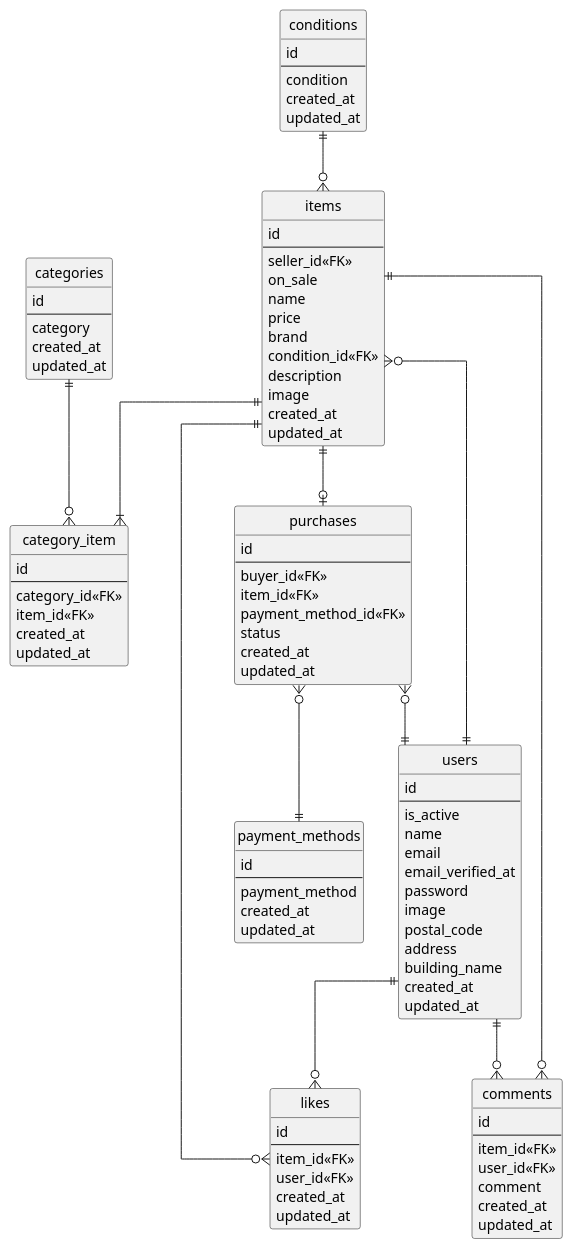
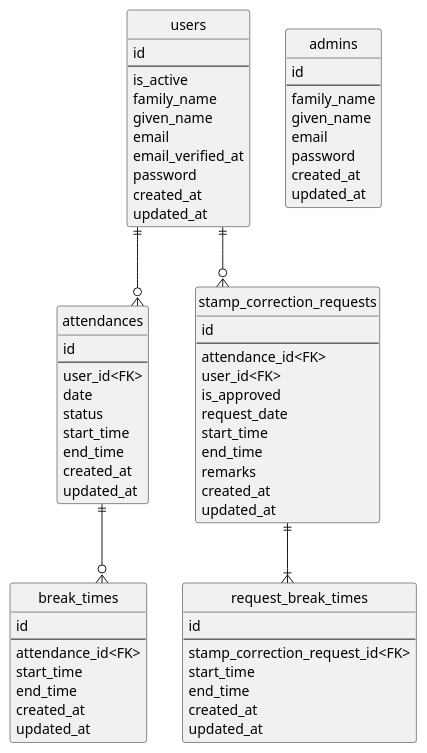
The diagram in img/attendance.plantuml (Atsu-su/attendance), drawn with PlantUML before and after one commit. The commit also changed 5 other files, not shown here.

```diff
--- a/img/attendance.plantuml
+++ b/img/attendance.plantuml
@@ -1,114 +1,83 @@
 @startuml carmeri
 ' hide the spot
 hide circle
 
 ' avoid problems with angled crows feet
 skinparam linetype ortho
 
 entity "users" as users {
   id
   --
   is_active
-  name
+  family_name
+  given_name
   email
   email_verified_at
   password
-  image
-  postal_code
-  address
-  building_name
   created_at
   updated_at
 }
 
-entity "categories" as categories {
+entity "admins" as admins {
   id
   --
-  category
+  family_name
+  given_name
+  email
+  password
   created_at
   updated_at
 }
 
-entity "category_item" as category_item {
+entity "attendances" as attendances {
   id
   --
-  category_id<<FK>>
-  item_id<<FK>>
+  user_id<FK>
+  date
+  status
+  start_time
+  end_time
   created_at
   updated_at
 }
 
-entity "conditions" as conditions {
+entity "break_times" as break_times {
   id
   --
-  condition
+  attendance_id<FK>
+  start_time
+  end_time
   created_at
   updated_at
 }
 
-entity "items" as items {
+entity "stamp_correction_requests" as stamp_correction_requests {
   id
   --
-  seller_id<<FK>>
-  on_sale
-  name
-  price
-  brand
-  condition_id<<FK>>
-  description
-  image
+  attendance_id<FK>
+  user_id<FK>
+  is_approved
+  request_date
+  start_time
+  end_time
+  remarks
   created_at
   updated_at
 }
 
-entity "payment_methods" as payment_methods {
+entity "request_break_times" as request_break_times {
   id
   --
-  payment_method
+  stamp_correction_request_id<FK>
+  start_time
+  end_time
   created_at
   updated_at
 }
 
-entity "purchases" as purchases {
-  id
-  --
-  buyer_id<<FK>>
-  item_id<<FK>>
-  payment_method_id<<FK>>
-  status
-  created_at
-  updated_at
-}
-
-entity "likes" as likes {
-  id
-  --
-  item_id<<FK>>
-  user_id<<FK>>
-  created_at
-  updated_at
-}
-
-entity "comments" as comments {
-  id
-  --
-  item_id<<FK>>
-  user_id<<FK>>
-  comment
-  created_at
-  updated_at
-}
-
-categories ||--o{ category_item
-conditions ||--o{ items
-items ||--|{ category_item
-items ||--o{ likes
-items ||--o| purchases
-items ||--o{ comments
-items }o--|| users
-purchases }o--|| users
-users ||--o{ likes
-users ||--o{ comments
-purchases }o--|| payment_methods
+attendances ||--o{ break_times
+users ||--o{ attendances
+stamp_correction_requests ||--|{ request_break_times
+users ||--o{ stamp_correction_requests
 
 @enduml
```
